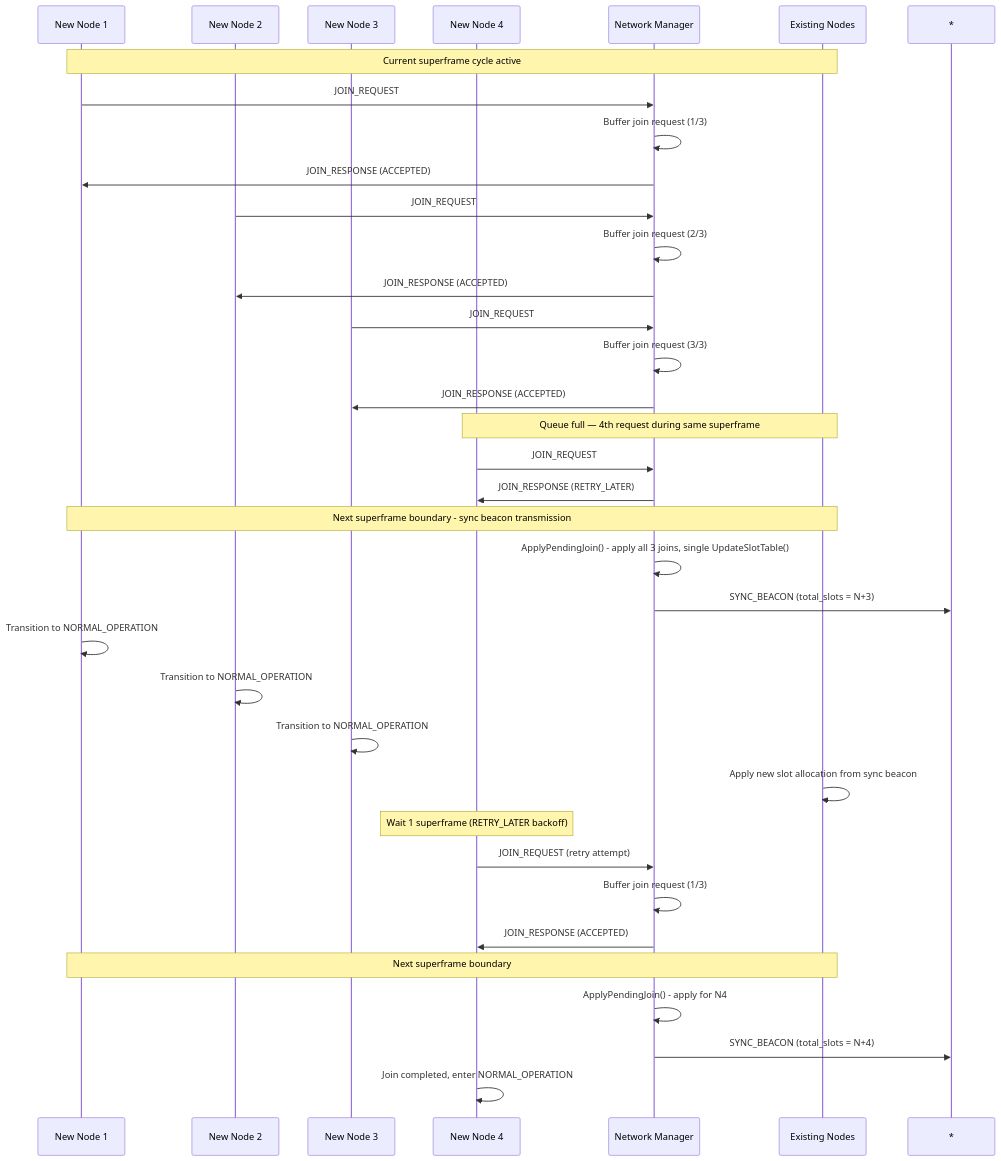
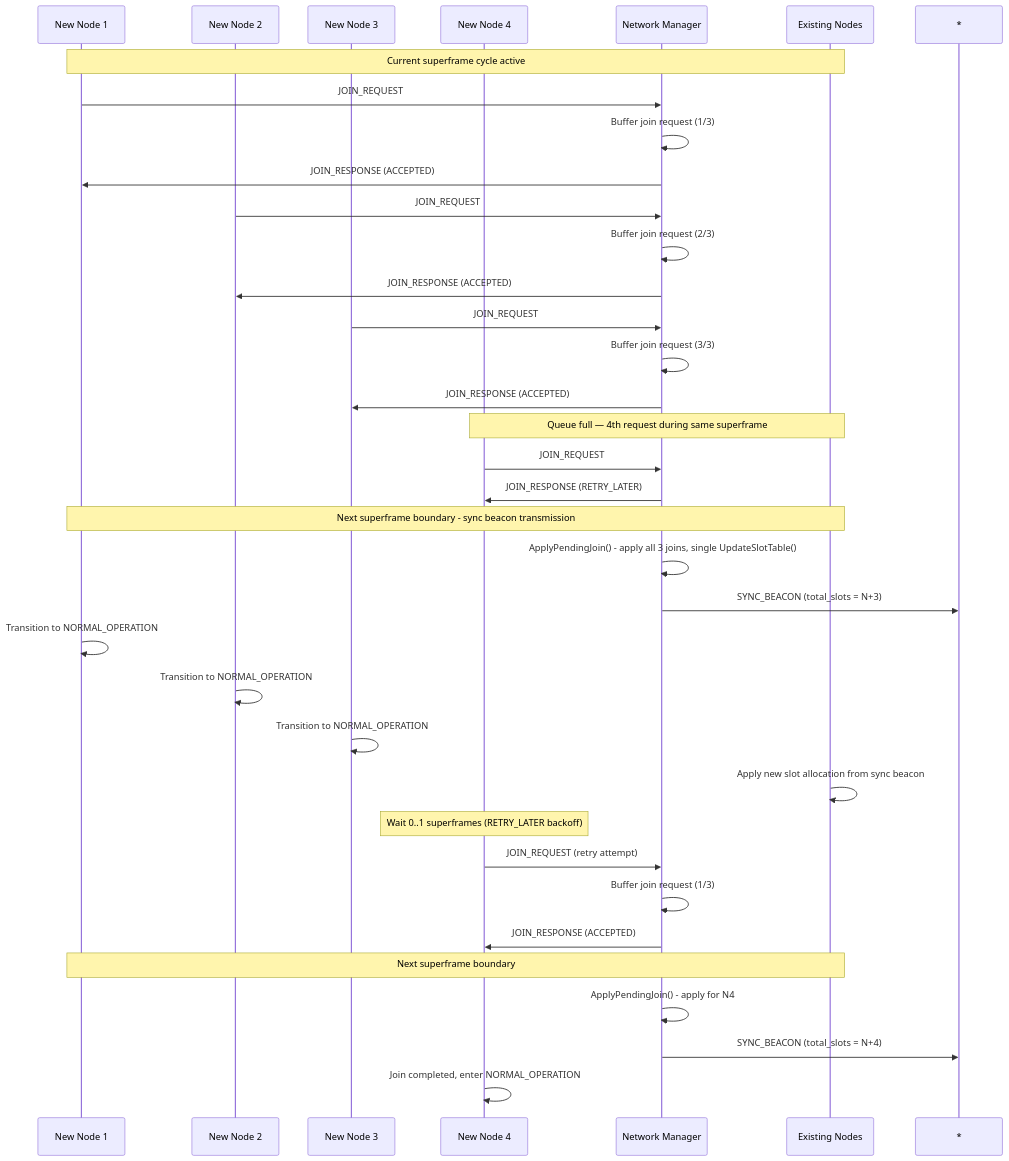
Diagram 17 of 18 in PROTOCOL_SPEC.md (LoRaMesher/LoRaMesher), drawn with Mermaid before and after one commit. The commit also changed other lines of this file and 7 other files, not shown here.

````diff
--- a/PROTOCOL_SPEC.md
+++ b/PROTOCOL_SPEC.md
@@ -2301,46 +2301,46 @@
 ```mermaid
 sequenceDiagram
     participant N1 as New Node 1
     participant N2 as New Node 2
     participant N3 as New Node 3
     participant N4 as New Node 4
     participant M as Network Manager
     participant E as Existing Nodes
     
     Note over N1,E: Current superframe cycle active
     
     N1->>M: JOIN_REQUEST
     M->>M: Buffer join request (1/3)
     M->>N1: JOIN_RESPONSE (ACCEPTED)
     
     N2->>M: JOIN_REQUEST
     M->>M: Buffer join request (2/3)
     M->>N2: JOIN_RESPONSE (ACCEPTED)
     
     N3->>M: JOIN_REQUEST
     M->>M: Buffer join request (3/3)
     M->>N3: JOIN_RESPONSE (ACCEPTED)
     
     Note over N4,E: Queue full — 4th request during same superframe
     N4->>M: JOIN_REQUEST
     M->>N4: JOIN_RESPONSE (RETRY_LATER)
     
     Note over N1,E: Next superframe boundary - sync beacon transmission
     M->>M: ApplyPendingJoin() - apply all 3 joins, single UpdateSlotTable()
     M->>*: SYNC_BEACON (total_slots = N+3)
     
     N1->>N1: Transition to NORMAL_OPERATION
     N2->>N2: Transition to NORMAL_OPERATION
     N3->>N3: Transition to NORMAL_OPERATION
     E->>E: Apply new slot allocation from sync beacon
     
-    Note over N4: Wait 1 superframe (RETRY_LATER backoff)
+    Note over N4: Wait 0..1 superframes (RETRY_LATER backoff)
     N4->>M: JOIN_REQUEST (retry attempt)
     M->>M: Buffer join request (1/3)
     M->>N4: JOIN_RESPONSE (ACCEPTED)
     
     Note over N1,E: Next superframe boundary
     M->>M: ApplyPendingJoin() - apply for N4
     M->>*: SYNC_BEACON (total_slots = N+4)
     N4->>N4: Join completed, enter NORMAL_OPERATION
 ```
````
